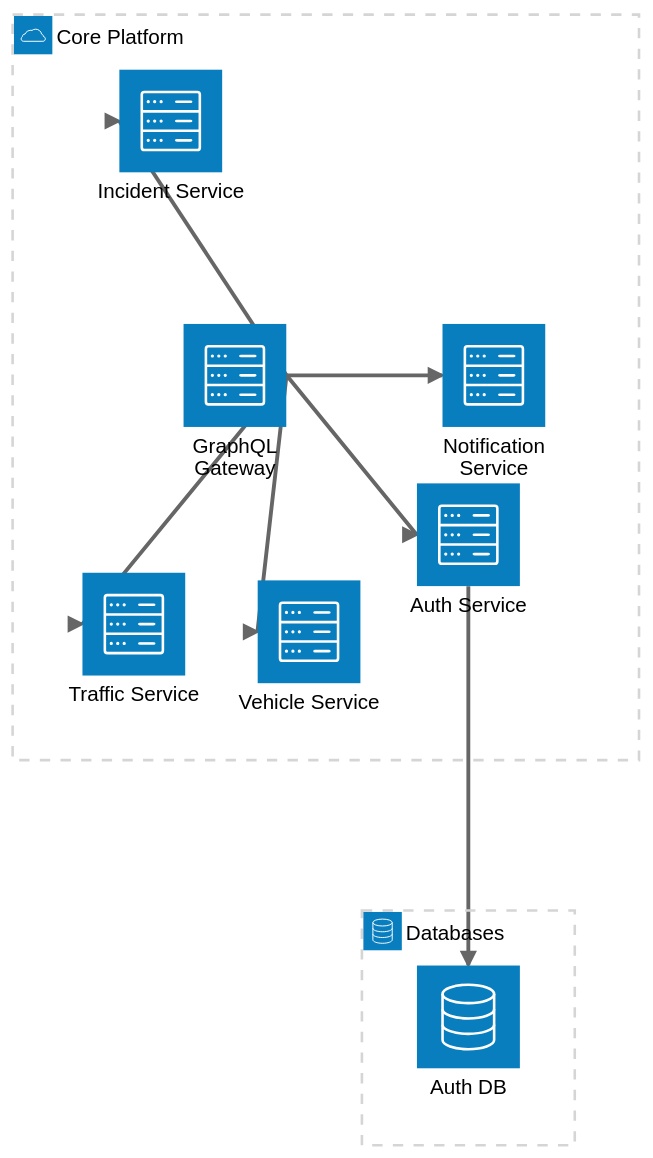
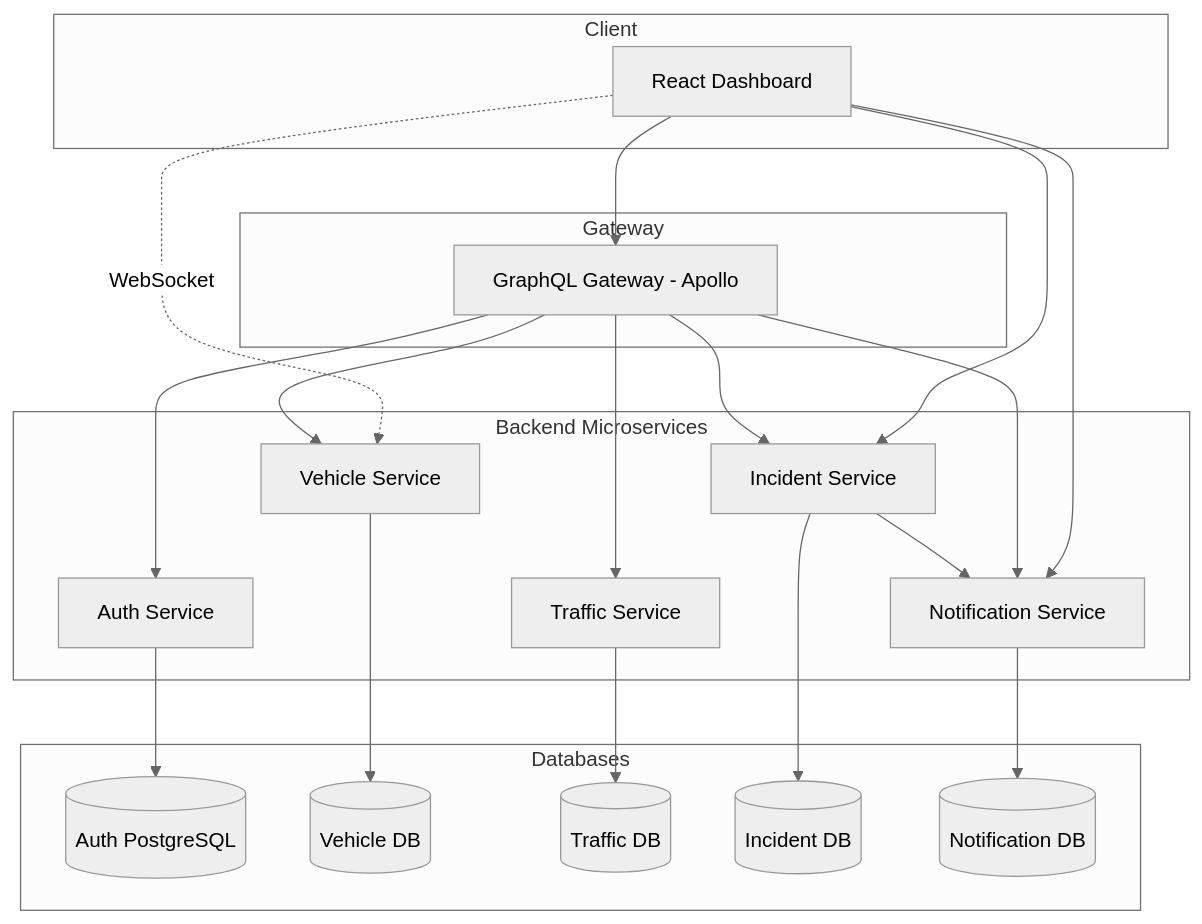
One commit to rayen43500/Smart-Urban-Traffic-Management-Platform changed the sixth of 6 diagrams in docs/uml.md. Above: the diagram before and after it, drawn with Mermaid (neutral theme). The commit also changed other lines of this file and 64 other files, not shown here.

````diff
--- a/docs/uml.md
+++ b/docs/uml.md
@@ -114,22 +176,45 @@
 ```mermaid
-architecture-beta
-  group core(cloud)[Core Platform]
-  group data(database)[Databases]
+flowchart TB
+  subgraph Client
+    dashboard[React Dashboard]
+  end
 
-  service gateway(server)[GraphQL Gateway] in core
-  service auth(server)[Auth Service] in core
-  service vehicle(server)[Vehicle Service] in core
-  service traffic(server)[Traffic Service] in core
-  service incident(server)[Incident Service] in core
-  service notification(server)[Notification Service] in core
+  subgraph Gateway
+    gql[GraphQL Gateway - Apollo]
+  end
 
-  service authdb(database)[Auth DB] in data
+  subgraph Backend Microservices
+    auth[Auth Service]
+    vehicle[Vehicle Service]
+    traffic[Traffic Service]
+    incident[Incident Service]
+    notification[Notification Service]
+  end
 
-  gateway:R --> L:auth
-  gateway:R --> L:vehicle
-  gateway:R --> L:traffic
-  gateway:R --> L:incident
-  gateway:R --> L:notification
+  subgraph Databases
+    authdb[(Auth PostgreSQL)]
+    vehicledb[(Vehicle DB)]
+    trafficdb[(Traffic DB)]
+    incidentdb[(Incident DB)]
+    notificationdb[(Notification DB)]
+  end
 
-  auth:B --> T:authdb
+  dashboard --> gql
+  dashboard --> incident
+  dashboard --> notification
+  dashboard -. WebSocket .-> vehicle
+
+  gql --> auth
+  gql --> vehicle
+  gql --> traffic
+  gql --> incident
+  gql --> notification
+
+  incident --> notification
+
+  auth --> authdb
+  vehicle --> vehicledb
+  traffic --> trafficdb
+  incident --> incidentdb
+  notification --> notificationdb
 ```
````
